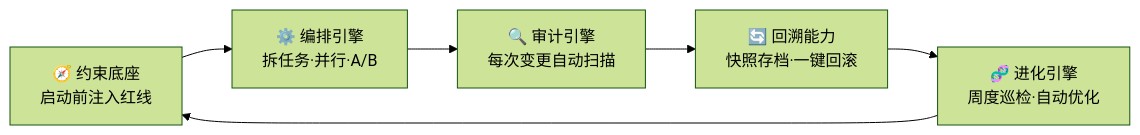
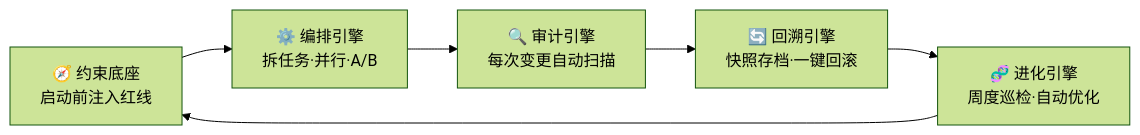
One commit to KongFangXun/sofagent changed the second of 4 diagrams in docs/ARCHITECTURE.md. Above: the diagram before and after it, drawn with Mermaid (forest theme). The commit also changed other lines of this file and 9 other files, not shown here.

````diff
--- a/docs/ARCHITECTURE.md
+++ b/docs/ARCHITECTURE.md
@@ -72,8 +71,8 @@
 ```mermaid
 graph LR
     A["🧭 约束底座<br/>启动前注入红线"] --> B["⚙️ 编排引擎<br/>拆任务·并行·A/B"]
     B --> C["🔍 审计引擎<br/>每次变更自动扫描"]
-    C --> D["🔄 回溯能力<br/>快照存档·一键回滚"]
+    C --> D["🔄 回溯引擎<br/>快照存档·一键回滚"]
     D --> E["🧬 进化引擎<br/>周度巡检·自动优化"]
     E --> A
 ```
````
